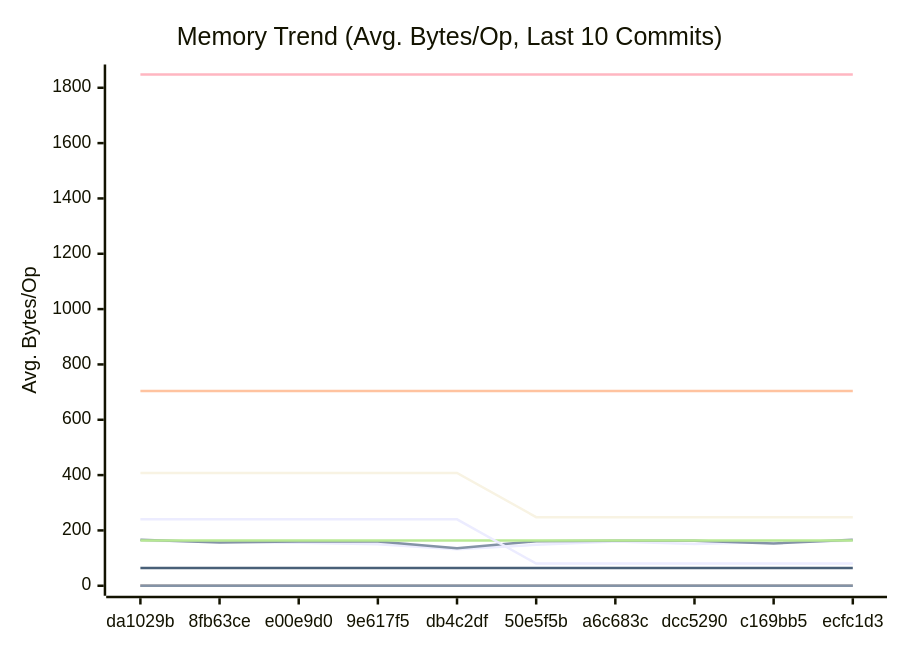
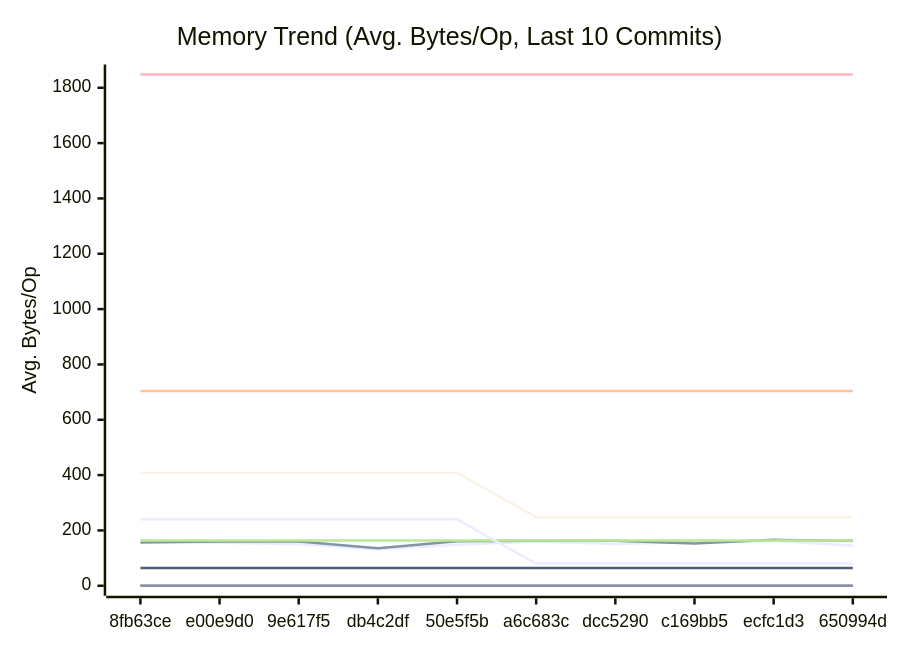
The second of 3 diagrams in docs/PERFORMANCE.md (alsotoes/momo), drawn with Mermaid before and after one commit. The commit also changed other lines of this file and 3 other files, not shown here.

````diff
--- a/docs/PERFORMANCE.md
+++ b/docs/PERFORMANCE.md
@@ -171,20 +171,20 @@
 ```mermaid
 xychart-beta
     title "Memory Trend (Avg. Bytes/Op, Last 10 Commits)"
     x-axis "Commit"
     y-axis "Avg. Bytes/Op"
-    x-axis [da1029b,8fb63ce,e00e9d0,9e617f5,db4c2df,50e5f5b,a6c683c,dcc5290,c169bb5,ecfc1d3]
-    line "AWSChunkedReaderSigned" [163,160,155,150,132,148,160,151,158,163]
-    line "AWSChunkedReaderUnsigned" [166,156,160,160,136,161,163,163,153,166]
+    x-axis [8fb63ce,e00e9d0,9e617f5,db4c2df,50e5f5b,a6c683c,dcc5290,c169bb5,ecfc1d3,650994d]
+    line "AWSChunkedReaderSigned" [160,155,150,132,148,160,151,158,163,145]
+    line "AWSChunkedReaderUnsigned" [156,160,160,136,161,163,163,153,166,163]
     line "CheckMetricsAndSwap" [0,0,0,0,0,0,0,0,0,0]
     line "CrushOptimized" [0,0,0,0,0,0,0,0,0,0]
     line "CrushOriginal" [164,164,164,164,164,164,164,164,164,164]
     line "IndexDirectTracking" [0,0,0,0,0,0,0,0,0,0]
     line "IndexSearch" [0,0,0,0,0,0,0,0,0,0]
     line "LoadGlobalConfig" [1848,1848,1848,1848,1848,1848,1848,1848,1848,1848]
     line "PadString" [64,64,64,64,64,64,64,64,64,64]
     line "ParseReplicationOrder_NoPrealloc" [408,408,408,408,408,248,248,248,248,248]
     line "ParseReplicationOrder_Prealloc" [240,240,240,240,240,80,80,80,80,80]
     line "SanitizeLog/Safe" [0,0,0,0,0,0,0,0,0,0]
     line "SanitizeLog/Unsafe" [704,704,704,704,704,704,704,704,704,704]
 ```
````
